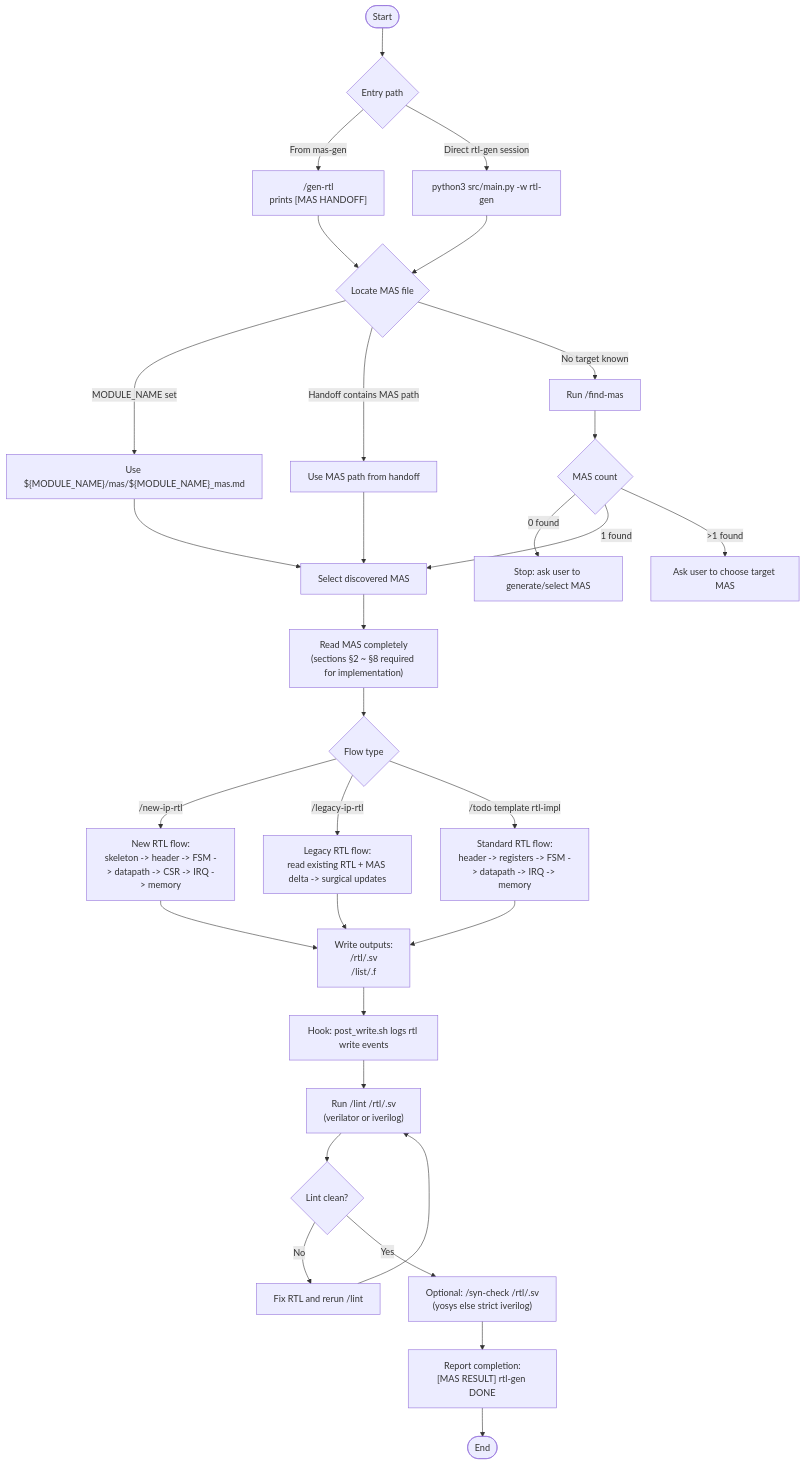
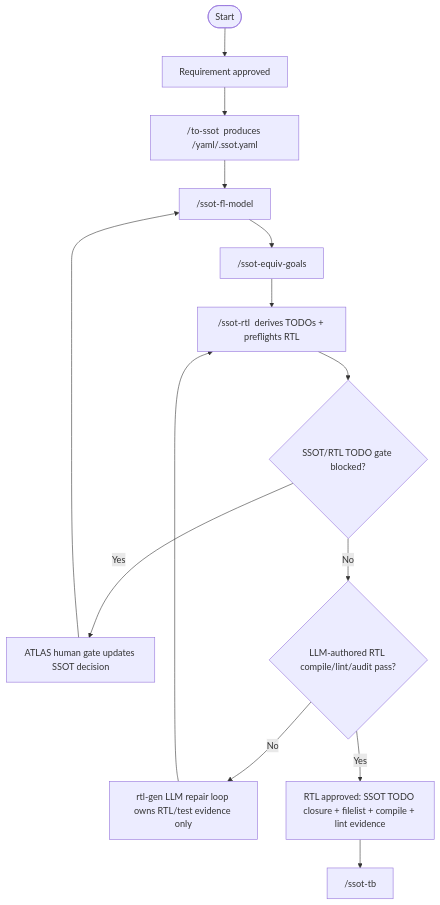
The diagram in common_ai_agent/workflow/rtl-gen/RTL_GEN_FLOW.md (together2329/brian_hw), drawn with Mermaid before and after one commit. The commit also changed other lines of this file and 254 other files, not shown here.

First line of the commit message:
Unify SSOT-driven IP generation around provable RTL gates

````diff
--- a/common_ai_agent/workflow/rtl-gen/RTL_GEN_FLOW.md
+++ b/common_ai_agent/workflow/rtl-gen/RTL_GEN_FLOW.md
@@ -3,38 +7,16 @@
 ```mermaid
 flowchart TD
-    A([Start]) --> B{Entry path}
-    B -->|From mas-gen| C["/gen-rtl <module><br/>prints [MAS HANDOFF]"]
-    B -->|Direct rtl-gen session| D["python3 src/main.py -w rtl-gen"]
-    C --> E{Locate MAS file}
-    D --> E
-
-    E -->|MODULE_NAME set| F["Use ${MODULE_NAME}/mas/${MODULE_NAME}_mas.md"]
-    E -->|Handoff contains MAS path| G["Use MAS path from handoff"]
-    E -->|No target known| H["Run /find-mas"]
-    H --> I{MAS count}
-    I -->|0 found| I0["Stop: ask user to generate/select MAS"]
-    I -->|1 found| J["Select discovered MAS"]
-    I -->|>1 found| I1["Ask user to choose target MAS"]
-    F --> J
-    G --> J
-
-    J --> K["Read MAS completely<br/>(sections §2 ~ §8 required for implementation)"]
-    K --> L{Flow type}
-    L -->|/new-ip-rtl| M["New RTL flow:<br/>skeleton -> header -> FSM -> datapath -> CSR -> IRQ -> memory"]
-    L -->|/legacy-ip-rtl| N["Legacy RTL flow:<br/>read existing RTL + MAS delta -> surgical updates"]
-    L -->|/todo template rtl-impl| O["Standard RTL flow:<br/>header -> registers -> FSM -> datapath -> IRQ -> memory"]
-
-    M --> P["Write outputs:<br/><ip>/rtl/<ip>.sv<br/><ip>/list/<ip>.f"]
-    N --> P
-    O --> P
-
-    P --> Q["Hook: post_write.sh logs rtl write events"]
-    Q --> R["Run /lint <ip>/rtl/<ip>.sv<br/>(verilator or iverilog)"]
-    R --> S{Lint clean?}
-    S -->|No| T["Fix RTL and rerun /lint"]
-    T --> R
-    S -->|Yes| U["Optional: /syn-check <ip>/rtl/<ip>.sv<br/>(yosys else strict iverilog)"]
-
-    U --> V["Report completion:<br/>[MAS RESULT] rtl-gen DONE"]
-    V --> W([End])
+    A([Start]) --> B["Requirement approved"]
+    B --> C["/to-ssot <ip> produces <ip>/yaml/<ip>.ssot.yaml"]
+    C --> D["/ssot-fl-model <ip>"]
+    D --> E["/ssot-equiv-goals <ip>"]
+    E --> F["/ssot-rtl <ip> derives TODOs + preflights RTL"]
+    F --> G{SSOT/RTL TODO gate blocked?}
+    G -->|Yes| H["ATLAS human gate updates SSOT decision"]
+    H --> D
+    G -->|No| I{LLM-authored RTL compile/lint/audit pass?}
+    I -->|No| J["rtl-gen LLM repair loop owns RTL/test evidence only"]
+    J --> F
+    I -->|Yes| K["RTL approved: SSOT TODO closure + filelist + compile + lint evidence"]
+    K --> L["/ssot-tb <ip>"]
 ```
````
